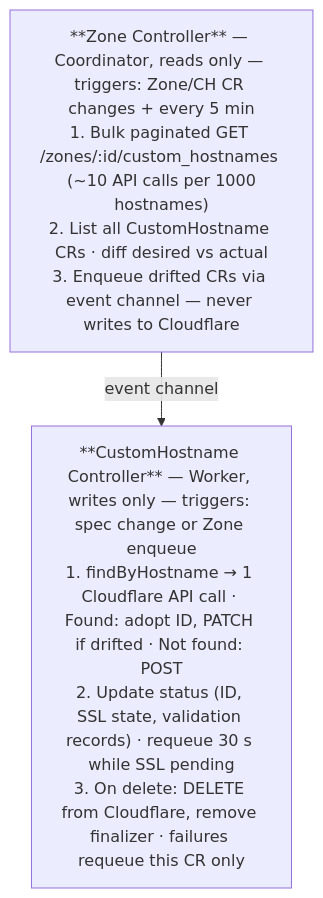
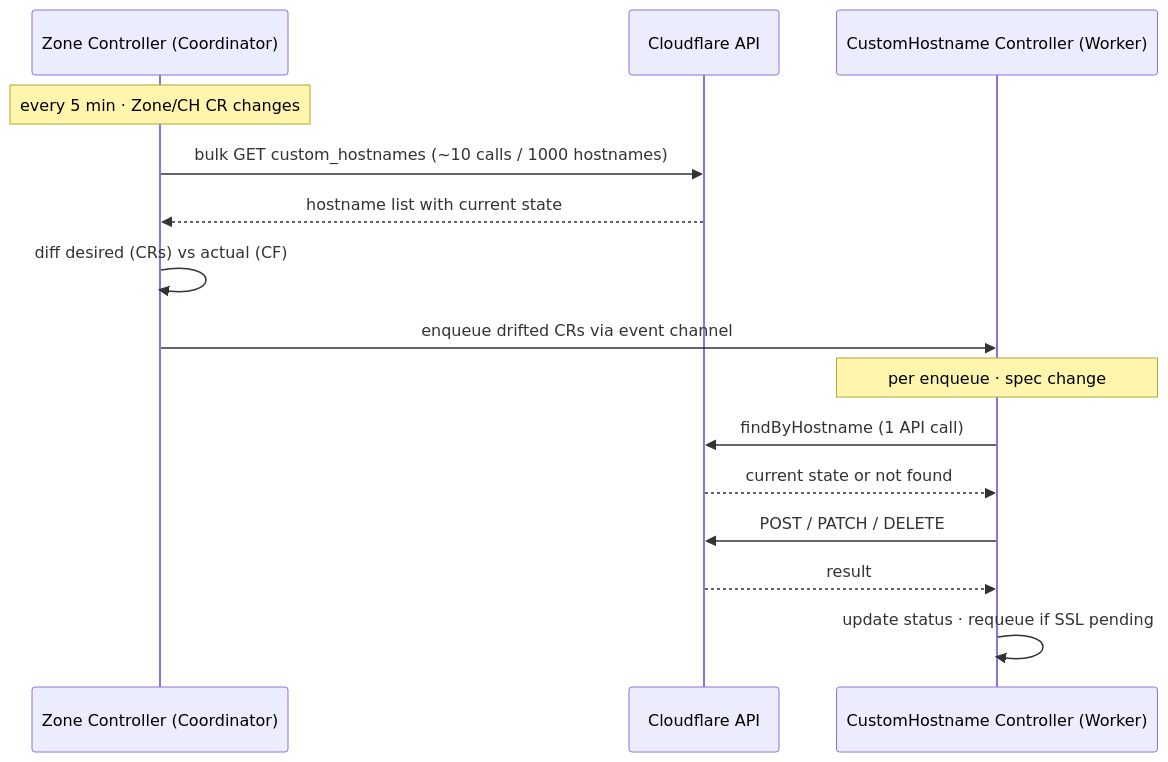
One commit to mrozentsvayg/cf-edge-operator changed the diagram in docs/architecture.md. Above: the diagram before and after it, drawn with Mermaid.

Commit message:
docs: replace flowchart with sequence diagram for architecture

````diff
--- a/docs/architecture.md
+++ b/docs/architecture.md
@@ -19,6 +19,19 @@
 ```mermaid
-flowchart TD
-    ZC["**Zone Controller** — Coordinator, reads only — triggers: Zone/CH CR changes + every 5 min<br/>1. Bulk paginated GET /zones/:id/custom_hostnames  (~10 API calls per 1000 hostnames)<br/>2. List all CustomHostname CRs · diff desired vs actual<br/>3. Enqueue drifted CRs via event channel — never writes to Cloudflare"]
-    CHC["**CustomHostname Controller** — Worker, writes only — triggers: spec change or Zone enqueue<br/>1. findByHostname → 1 Cloudflare API call · Found: adopt ID, PATCH if drifted · Not found: POST<br/>2. Update status (ID, SSL state, validation records) · requeue 30 s while SSL pending<br/>3. On delete: DELETE from Cloudflare, remove finalizer · failures requeue this CR only"]
-    ZC -->|"event channel"| CHC
+sequenceDiagram
+    participant ZC as Zone Controller (Coordinator)
+    participant CF as Cloudflare API
+    participant CHC as CustomHostname Controller (Worker)
+
+    Note over ZC: every 5 min · Zone/CH CR changes
+    ZC->>CF: bulk GET custom_hostnames (~10 calls / 1000 hostnames)
+    CF-->>ZC: hostname list with current state
+    ZC->>ZC: diff desired (CRs) vs actual (CF)
+    ZC->>CHC: enqueue drifted CRs via event channel
+
+    Note over CHC: per enqueue · spec change
+    CHC->>CF: findByHostname (1 API call)
+    CF-->>CHC: current state or not found
+    CHC->>CF: POST / PATCH / DELETE
+    CF-->>CHC: result
+    CHC->>CHC: update status · requeue if SSL pending
 ```
````
